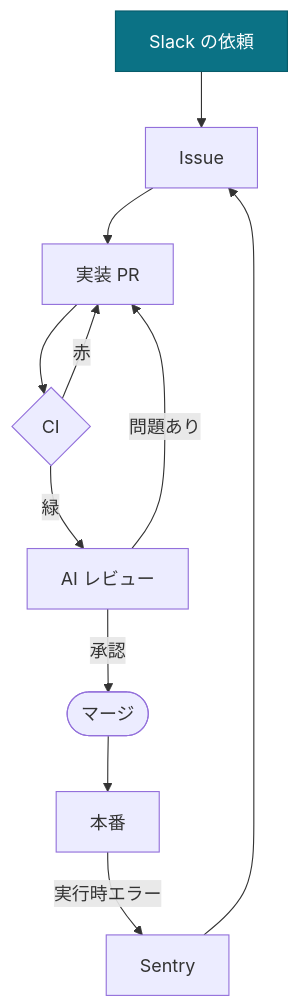
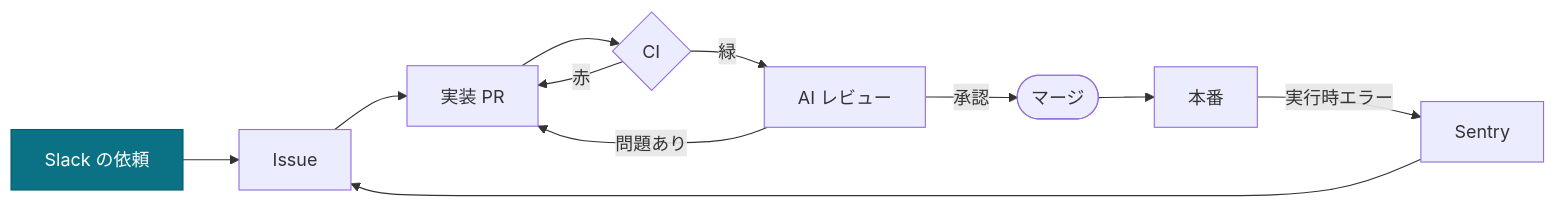
One commit to hakusoft/loop-engineering-lab changed the first of 2 diagrams in README.md. Above: the diagram before and after it, drawn with Mermaid.

Commit message:
Revert "docs: ループ図を縦向き（TD）にする"
TD は横潰れは解消するが、縦 894px になり README で極端に間延びする。
実際の表示を見ると LR より悪い。ループ図は LR のまま戻す。

構成図（技術構成）の線の重なり修正はそのまま残す。

````diff
--- a/README.md
+++ b/README.md
@@ -9,16 +9,16 @@
 ```mermaid
-flowchart TD
+flowchart LR
     SLACK[Slack の依頼] --> ISSUE[Issue]
     ISSUE --> PR[実装 PR]
     PR --> CI{CI}
     CI -->|赤| PR
     CI -->|緑| REVIEW[AI レビュー]
     REVIEW -->|問題あり| PR
     REVIEW -->|承認| MERGE([マージ])
     MERGE --> PROD[本番]
     PROD -->|実行時エラー| SENTRY[Sentry]
     SENTRY --> ISSUE
 
     classDef human fill:#0b7285,stroke:#075c6b,color:#fff
     class SLACK human
 ```
````
